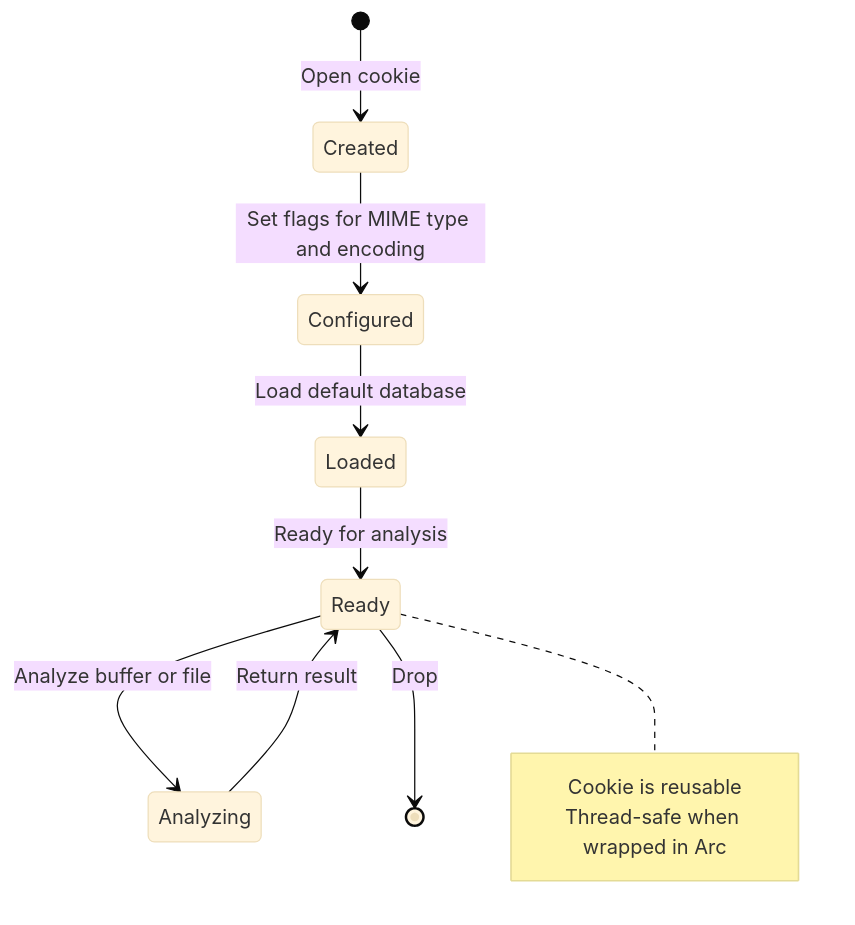
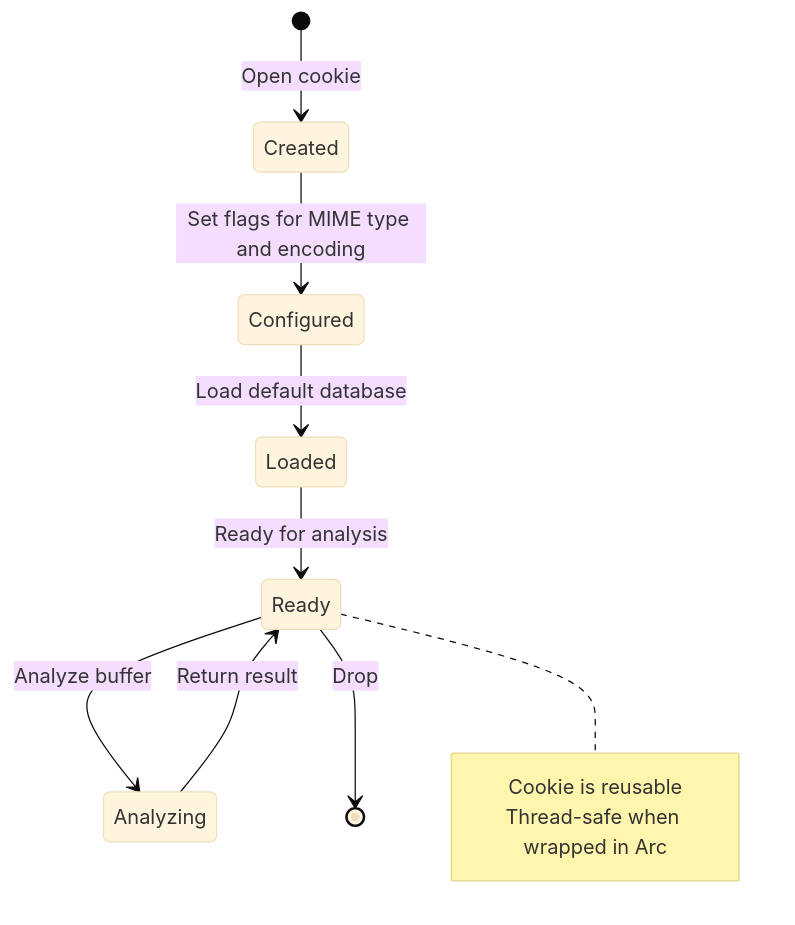
The second of 6 diagrams in docs/reference/infrastructure/libmagic_repository.md (photom/magicer), drawn with Mermaid (base theme) before and after one commit. The commit also changed other lines of this file and 18 other files, not shown here.

````diff
--- a/docs/reference/infrastructure/libmagic_repository.md
+++ b/docs/reference/infrastructure/libmagic_repository.md
@@ -78,15 +75,15 @@
 ```mermaid
 stateDiagram-v2
     [*] --> Created: Open cookie
     Created --> Configured: Set flags for MIME type and encoding
     Configured --> Loaded: Load default database
     Loaded --> Ready: Ready for analysis
-    Ready --> Analyzing: Analyze buffer or file
+    Ready --> Analyzing: Analyze buffer
     Analyzing --> Ready: Return result
     Ready --> [*]: Drop
     
     note right of Ready
         Cookie is reusable
         Thread-safe when wrapped in Arc
     end note
 ```
````
